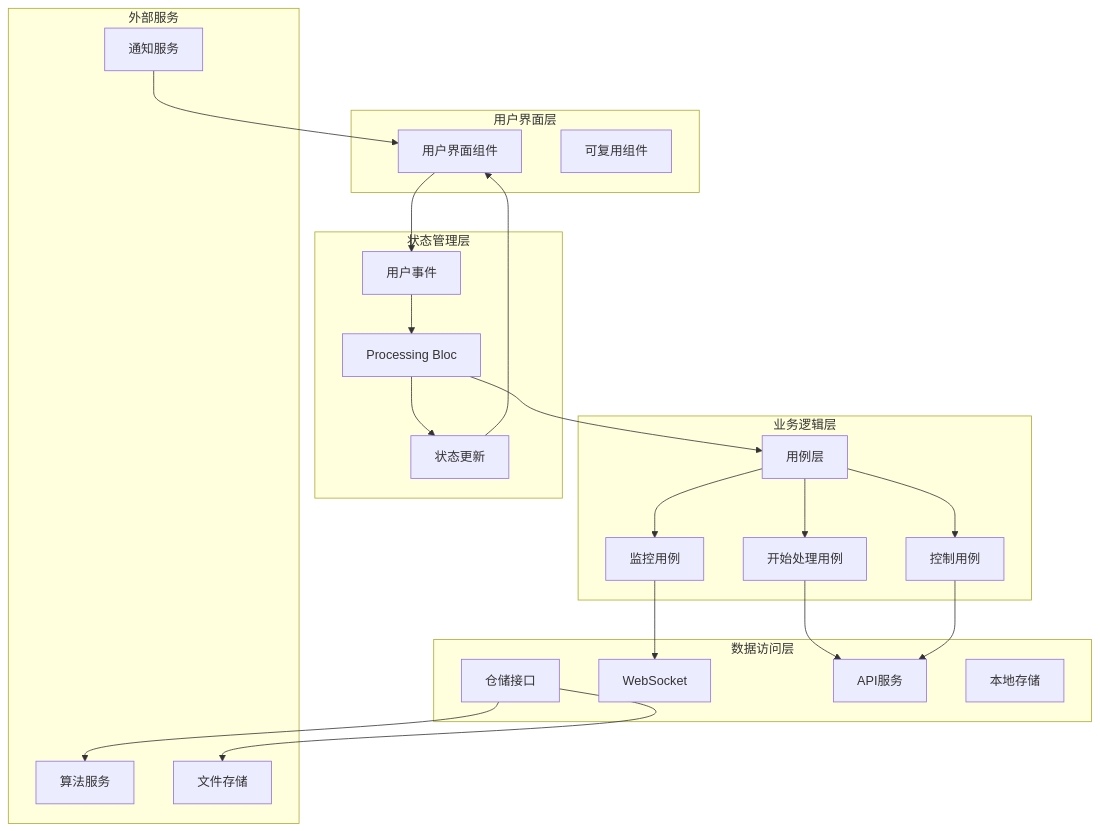
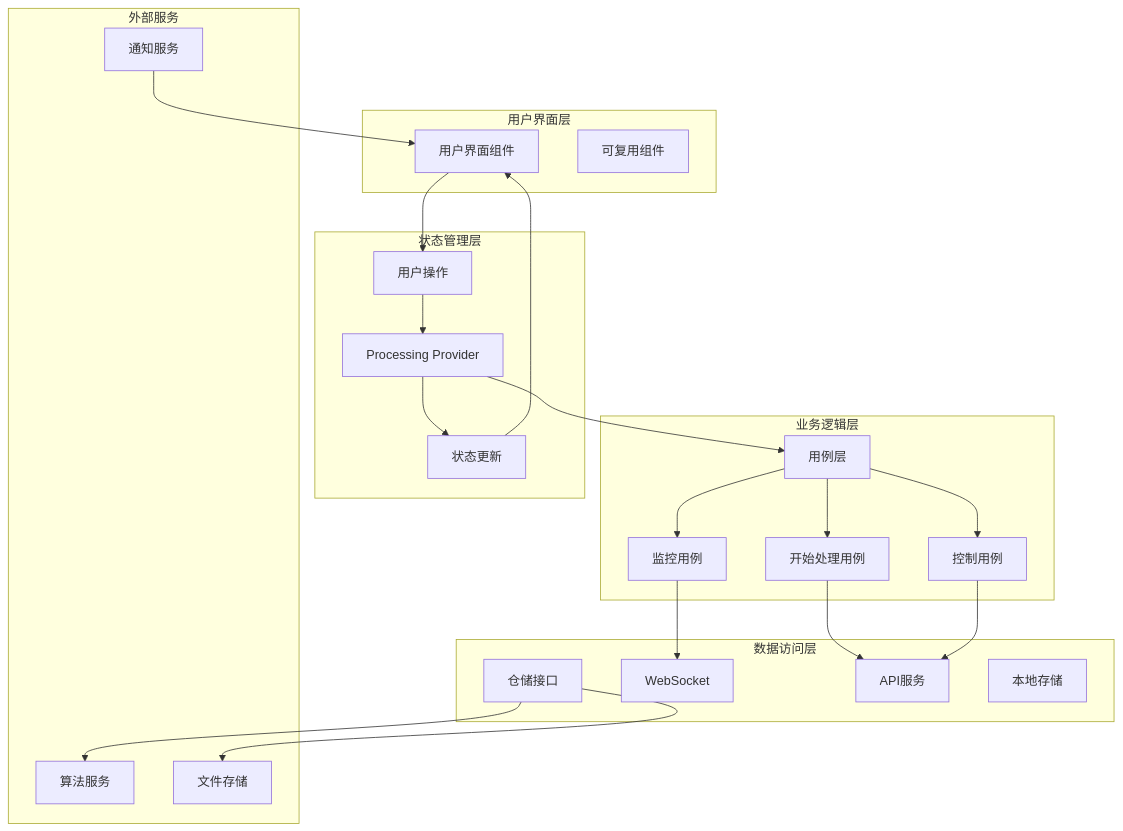
The diagram in dehaze_flutter/docs/module/04-dehaze-processing-module.md (earthy-zinc/dehaze-system), drawn with Mermaid before and after one commit. The commit also changed other lines of this file and 32 other files, not shown here.

First line of the commit message:
docs(architecture): 重构架构文档并更新状态管理配置

````diff
--- a/dehaze_flutter/docs/module/04-dehaze-processing-module.md
+++ b/dehaze_flutter/docs/module/04-dehaze-processing-module.md
@@ -95,48 +95,48 @@
 ```mermaid
 graph TD
     subgraph "用户界面层"
         UI[用户界面组件]
         WIDGETS[可复用组件]
     end
 
     subgraph "状态管理层"
-        BLOC[Processing Bloc]
-        EVENTS[用户事件]
+        PROVIDER[Processing Provider]
+        ACTIONS[用户操作]
         STATES[状态更新]
     end
 
     subgraph "业务逻辑层"
         USECASES[用例层]
         START[开始处理用例]
         CONTROL[控制用例]
         MONITOR[监控用例]
     end
 
     subgraph "数据访问层"
         REPOSITORY[仓储接口]
         WEBSOCKET[WebSocket]
         API_SERVICE[API服务]
         LOCAL_STORAGE[本地存储]
     end
 
     subgraph "外部服务"
         ALGORITHM_SERVICE[算法服务]
         FILE_STORAGE[文件存储]
         NOTIFICATION_SERVICE[通知服务]
     end
 
-    UI --> EVENTS
-    EVENTS --> BLOC
-    BLOC --> STATES
+    UI --> ACTIONS
+    ACTIONS --> PROVIDER
+    PROVIDER --> STATES
     STATES --> UI
-    BLOC --> USECASES
+    PROVIDER --> USECASES
     USECASES --> START
     USECASES --> CONTROL
     USECASES --> MONITOR
     START --> API_SERVICE
     CONTROL --> API_SERVICE
     MONITOR --> WEBSOCKET
     REPOSITORY --> ALGORITHM_SERVICE
     REPOSITORY --> FILE_STORAGE
     NOTIFICATION_SERVICE --> UI
 ```
````
